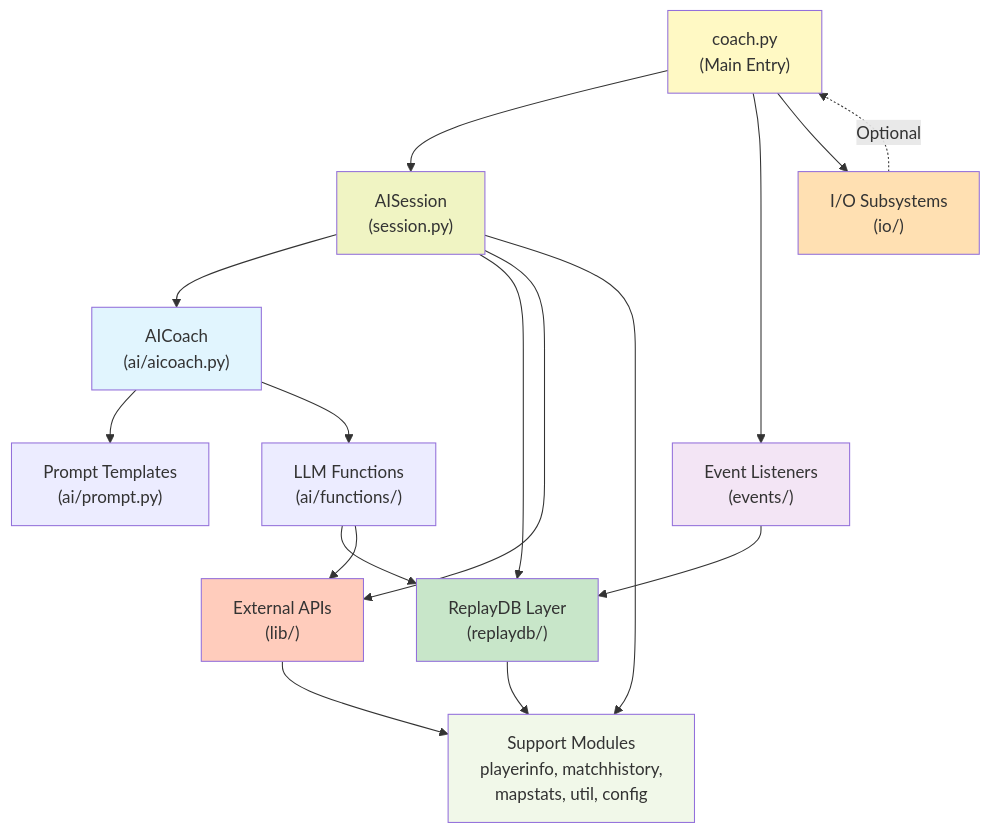
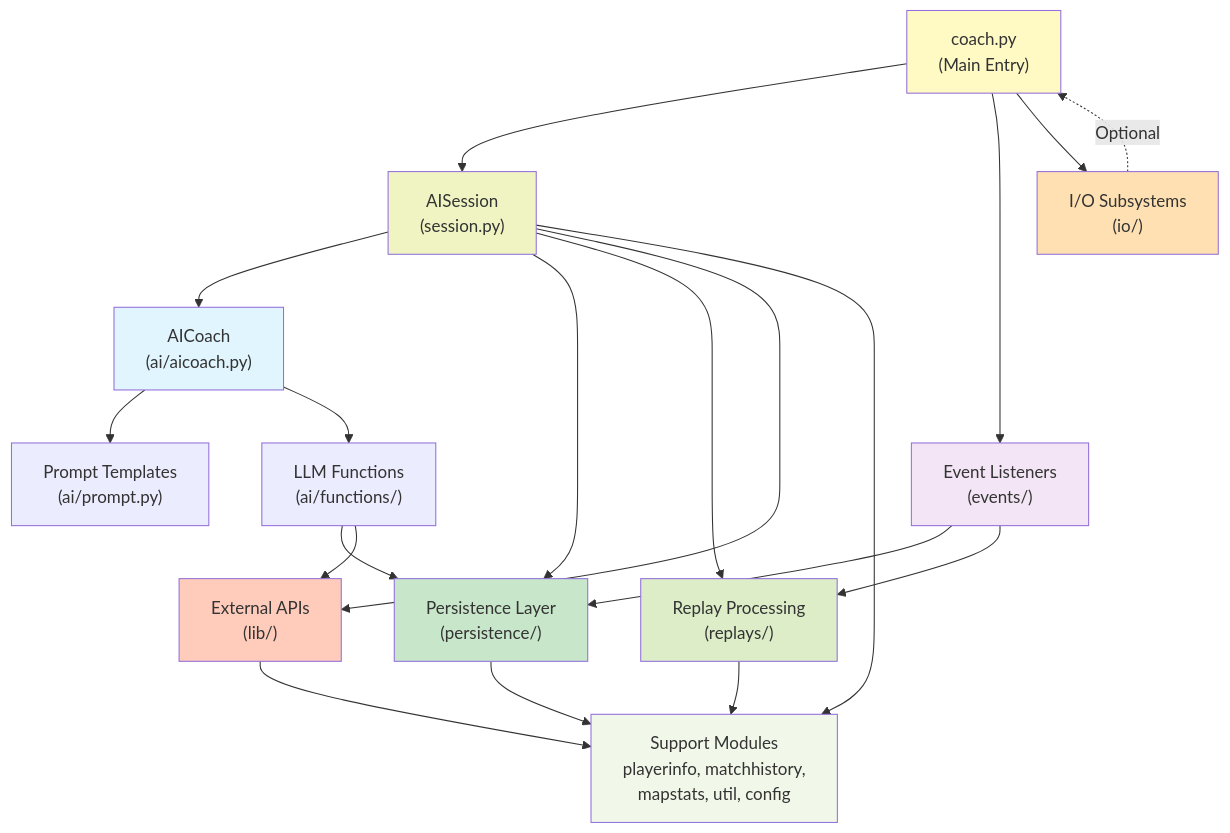
Before and after one commit to manuelseeger/sc2-ai-coach: the second of 7 diagrams in spec/architecture.md, drawn with Mermaid. The commit also changed other lines of this file and 1 other file, not shown here.

````diff
--- a/spec/architecture.md
+++ b/spec/architecture.md
@@ -58,57 +58,63 @@
 ```mermaid
 graph TB
     Coach["coach.py
     (Main Entry)"]
     Session["AISession
     (session.py)"]
     AICoach["AICoach
     (ai/aicoach.py)"]
     Prompt["Prompt Templates
     (ai/prompt.py)"]
     Functions["LLM Functions
     (ai/functions/)"]
     
     Events["Event Listeners
     (events/)"]
     IO["I/O Subsystems
     (io/)"]
-    ReplayDB["ReplayDB Layer
-    (replaydb/)"]
+    Persistence["Persistence Layer
+    (persistence/)"]
+    Replays["Replay Processing
+    (replays/)"]
     Libs["External APIs
     (lib/)"]
     
     Support["Support Modules
     playerinfo, matchhistory,
     mapstats, util, config"]
     
     Coach --> Session
     Coach --> Events
     Coach --> IO
     
     Session --> AICoach
-    Session --> ReplayDB
+    Session --> Persistence
+    Session --> Replays
     Session --> Libs
     Session --> Support
     
     AICoach --> Prompt
     AICoach --> Functions
     
-    Functions --> ReplayDB
+    Functions --> Persistence
     Functions --> Libs
     
-    Events --> ReplayDB
+    Events --> Persistence
+    Events --> Replays
     
     IO -.->|Optional| Coach
     
-    ReplayDB --> Support
+    Persistence --> Support
+    Replays --> Support
     Libs --> Support
     
     style Coach fill:#fff9c4
     style Session fill:#f0f4c3
     style AICoach fill:#e1f5fe
     style Events fill:#f3e5f5
     style IO fill:#ffe0b2
-    style ReplayDB fill:#c8e6c9
+    style Persistence fill:#c8e6c9
+    style Replays fill:#dcedc8
     style Libs fill:#ffccbc
     style Support fill:#f1f8e9
 ```
````
